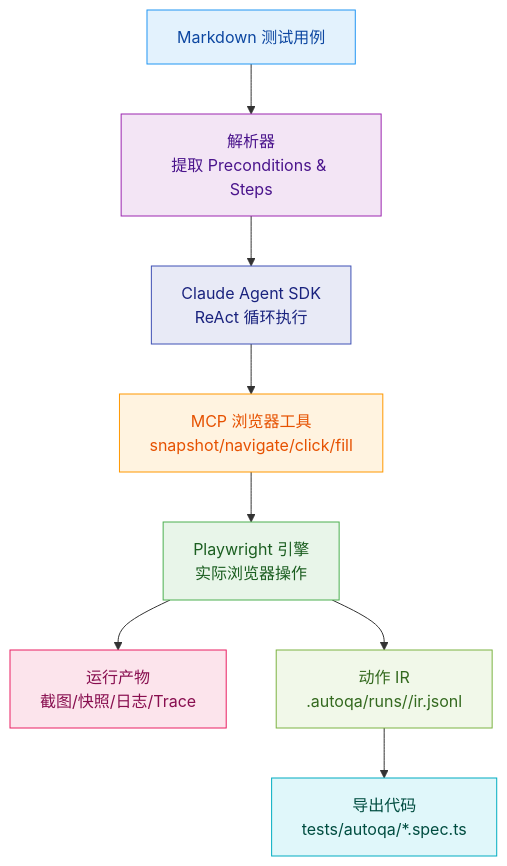
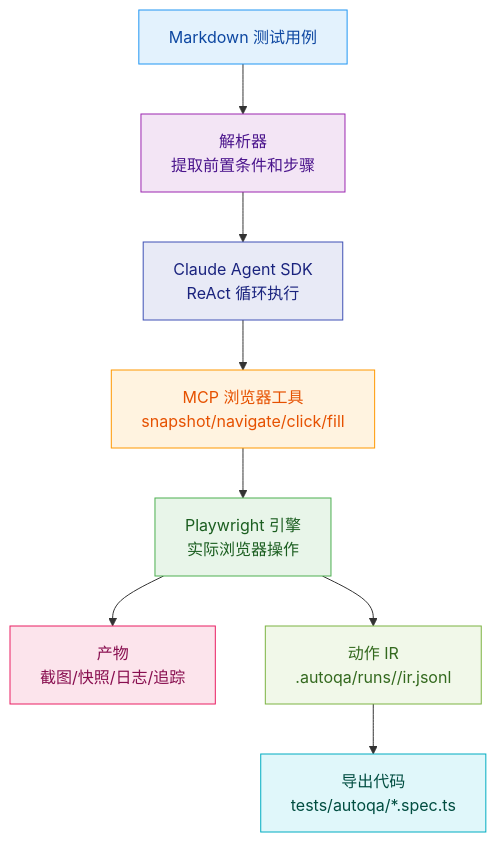
One commit to hhhaiai/AutoQA-Agent changed the first of 3 diagrams in README.zh.md. Above: the diagram before and after it, drawn with Mermaid. The commit also changed other lines of this file and 13 other files, not shown here.

````diff
--- a/README.zh.md
+++ b/README.zh.md
@@ -100,19 +104,19 @@
 ```mermaid
 flowchart TD
-    A["Markdown 测试用例"] --> B["解析器<br/>提取 Preconditions & Steps"]
+    A["Markdown 测试用例"] --> B["解析器<br/>提取前置条件和步骤"]
     B --> C["Claude Agent SDK<br/>ReAct 循环执行"]
     C --> D["MCP 浏览器工具<br/>snapshot/navigate/click/fill"]
     D --> E["Playwright 引擎<br/>实际浏览器操作"]
-    E --> F["运行产物<br/>截图/快照/日志/Trace"]
+    E --> F["产物<br/>截图/快照/日志/追踪"]
     E --> G["动作 IR<br/>.autoqa/runs/<runId>/ir.jsonl"]
     G --> H["导出代码<br/>tests/autoqa/*.spec.ts"]
 
     style A fill:#e3f2fd,stroke:#2196f3,color:#0d47a1
     style B fill:#f3e5f5,stroke:#9c27b0,color:#4a148c
     style C fill:#e8eaf6,stroke:#3f51b5,color:#1a237e
     style D fill:#fff3e0,stroke:#ff9800,color:#e65100
     style E fill:#e8f5e9,stroke:#4caf50,color:#1b5e20
     style F fill:#fce4ec,stroke:#e91e63,color:#880e4f
     style G fill:#f1f8e9,stroke:#7cb342,color:#33691e
     style H fill:#e0f7fa,stroke:#00acc1,color:#004d40
 ```
````
